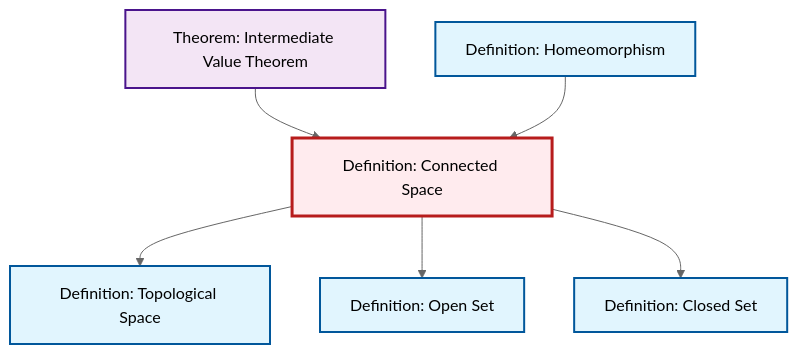
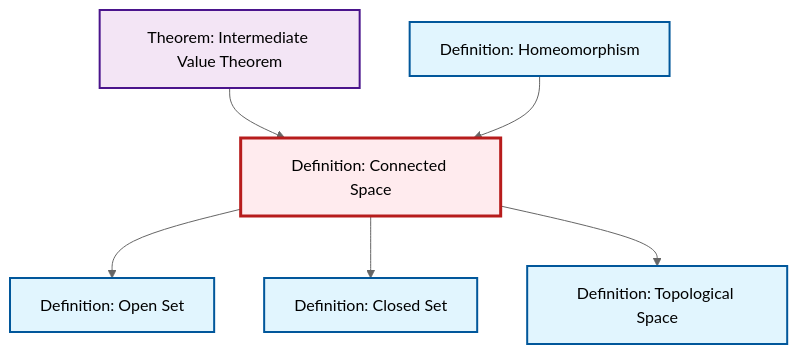
One commit to RK0429/ModernMath changed the diagram in content/ja/topology/def-connected.qmd. Above: the diagram before and after it, drawn with Mermaid (neutral theme). The commit also changed other lines of this file and 497 other files, not shown here.

````diff
--- a/content/ja/topology/def-connected.qmd
+++ b/content/ja/topology/def-connected.qmd
@@ -50,26 +50,26 @@
 ```{mermaid}
 %%| fig-cap: "Local dependency graph"
 graph TD
     classDef definition fill:#e1f5fe,stroke:#01579b,stroke-width:2px
     classDef theorem fill:#f3e5f5,stroke:#4a148c,stroke-width:2px
     classDef axiom fill:#fff3e0,stroke:#e65100,stroke-width:2px
     classDef example fill:#e8f5e9,stroke:#1b5e20,stroke-width:2px
     classDef current fill:#ffebee,stroke:#b71c1c,stroke-width:3px
-    def-open-set["Definition: Open Set"]:::definition
-    def-topological-space["Definition: Topological Space"]:::definition
     def-closed-set["Definition: Closed Set"]:::definition
-    def-connected["Definition: Connected Space"]:::definition
     def-homeomorphism["Definition: Homeomorphism"]:::definition
     thm-intermediate-value["Theorem: Intermediate Value Theorem"]:::theorem
-    thm-intermediate-value --> def-connected
-    def-homeomorphism --> def-connected
-    def-connected --> def-topological-space
+    def-topological-space["Definition: Topological Space"]:::definition
+    def-connected["Definition: Connected Space"]:::definition
+    def-open-set["Definition: Open Set"]:::definition
     def-connected --> def-open-set
     def-connected --> def-closed-set
+    thm-intermediate-value --> def-connected
+    def-connected --> def-topological-space
+    def-homeomorphism --> def-connected
     class def-connected current
-    click def-open-set "def-open-set.html" "Definition: Open Setへ"
-    click def-topological-space "def-topological-space.html" "Definition: Topological Spaceへ"
     click def-closed-set "def-closed-set.html" "Definition: Closed Setへ"
     click def-homeomorphism "def-homeomorphism.html" "Definition: Homeomorphismへ"
     click thm-intermediate-value "thm-intermediate-value.html" "Theorem: Intermediate Value Theoremへ"
+    click def-topological-space "def-topological-space.html" "Definition: Topological Spaceへ"
+    click def-open-set "def-open-set.html" "Definition: Open Setへ"
 ```
````
